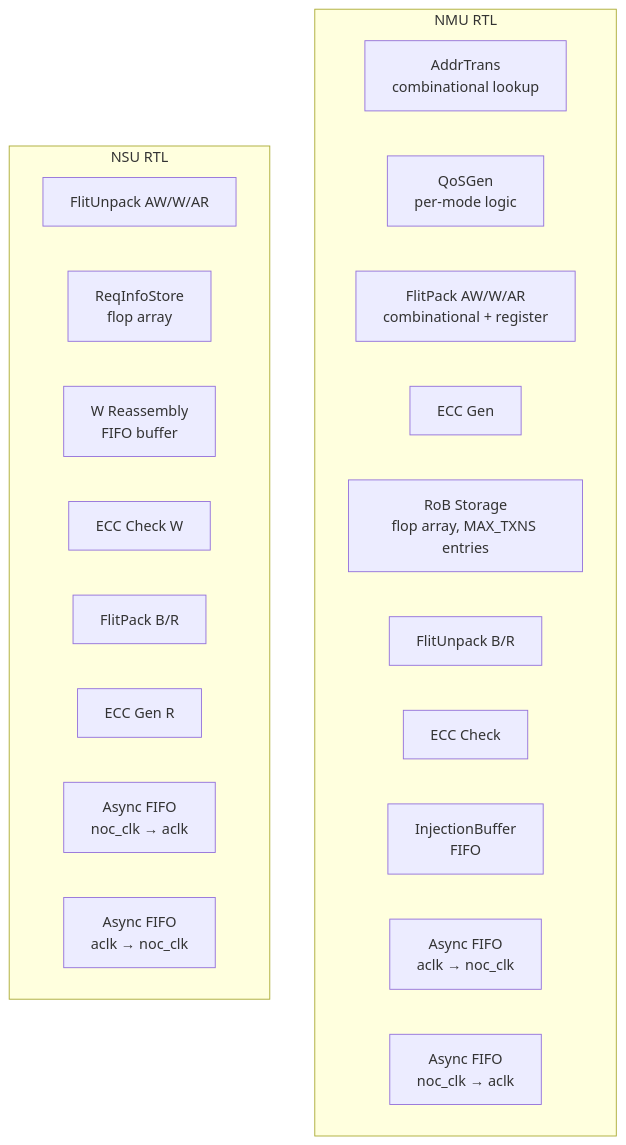
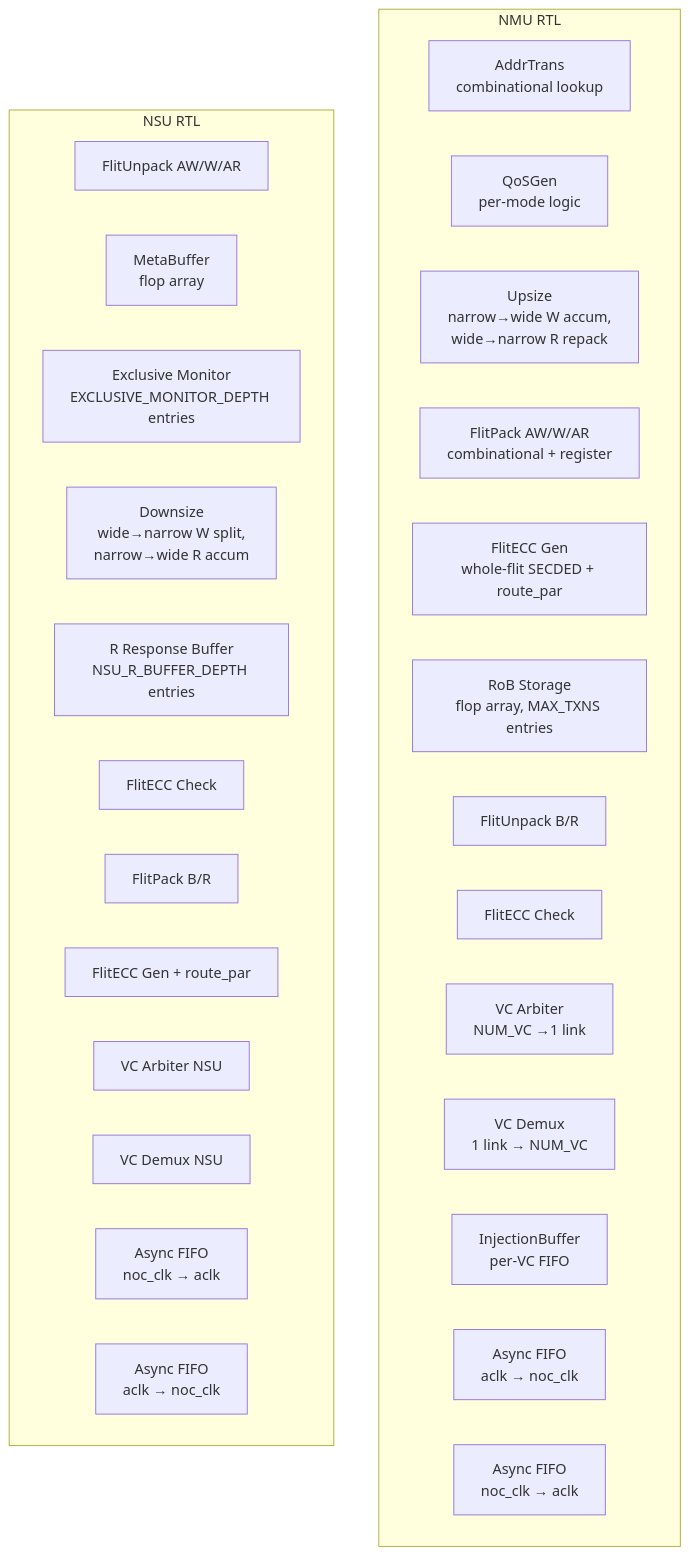
The second of 2 diagrams in spec/ni/doc/theory_of_operation.md (changlukas/noc-sim), drawn with Mermaid before and after one commit. The commit also changed other lines of this file and 10 other files, not shown here.

````diff
--- a/spec/ni/doc/theory_of_operation.md
+++ b/spec/ni/doc/theory_of_operation.md
@@ -158,25 +388,32 @@
 ```mermaid
 flowchart TB
     subgraph NMU_RTL[NMU RTL]
         ATX[AddrTrans<br>combinational lookup]
         QGEN[QoSGen<br>per-mode logic]
+        UPSZ[Upsize<br>narrow→wide W accum,<br>wide→narrow R repack]
         FPK[FlitPack AW/W/AR<br>combinational + register]
-        EGEN[ECC Gen]
+        EGEN[FlitECC Gen<br>whole-flit SECDED + route_par]
         ROB_RTL[RoB Storage<br>flop array, MAX_TXNS entries]
         FUP[FlitUnpack B/R]
-        ECHK[ECC Check]
-        IBF[InjectionBuffer<br>FIFO]
+        ECHK[FlitECC Check]
+        VCARB_O[VC Arbiter<br>NUM_VC →1 link]
+        VCDMX_I[VC Demux<br>1 link → NUM_VC]
+        IBF[InjectionBuffer<br>per-VC FIFO]
         CDC_F1[Async FIFO<br>aclk → noc_clk]
         CDC_F2[Async FIFO<br>noc_clk → aclk]
     end
     subgraph NSU_RTL[NSU RTL]
         FUP_S[FlitUnpack AW/W/AR]
-        RIS[ReqInfoStore<br>flop array]
-        WRA[W Reassembly<br>FIFO buffer]
-        ECHK_S[ECC Check W]
+        MBF[MetaBuffer<br>flop array]
+        EXCMON[Exclusive Monitor<br>EXCLUSIVE_MONITOR_DEPTH entries]
+        DNSZ[Downsize<br>wide→narrow W split,<br>narrow→wide R accum]
+        RRSP[R Response Buffer<br>NSU_R_BUFFER_DEPTH entries]
+        ECHK_S[FlitECC Check]
         FPK_S[FlitPack B/R]
-        EGEN_S[ECC Gen R]
+        EGEN_S[FlitECC Gen + route_par]
+        VCARB_S[VC Arbiter NSU]
+        VCDMX_S[VC Demux NSU]
         CDC_F3[Async FIFO<br>noc_clk → aclk]
         CDC_F4[Async FIFO<br>aclk → noc_clk]
     end
 ```
````
